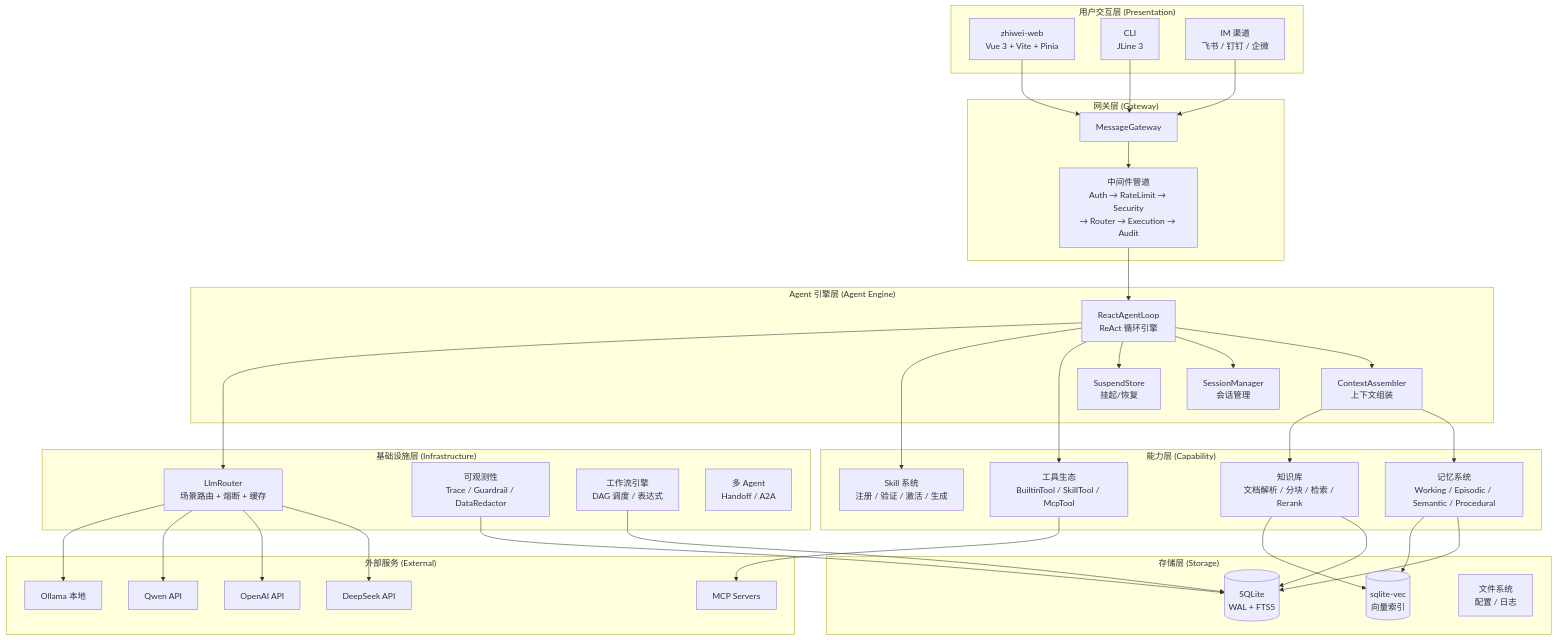
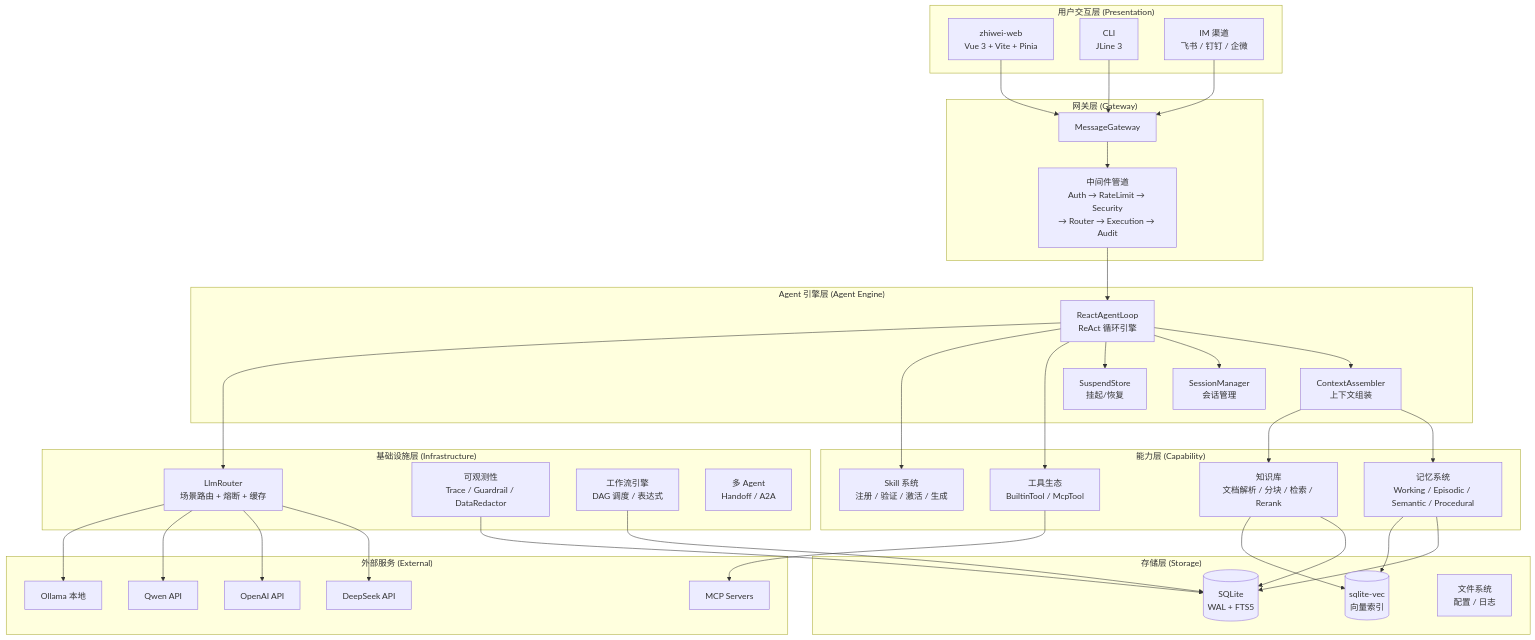
One commit to ntygod/LifePilot changed the first of 35 diagrams in ARCHITECTURE-DIAGRAMS.md. Above: the diagram before and after it, drawn with Mermaid. The commit also changed other lines of this file and 5 other files, not shown here.

````diff
--- a/ARCHITECTURE-DIAGRAMS.md
+++ b/ARCHITECTURE-DIAGRAMS.md
@@ -33,77 +33,77 @@
 ```mermaid
 graph TB
     subgraph "用户交互层 (Presentation)"
         WebUI[zhiwei-web<br/>Vue 3 + Vite + Pinia]
         CLI[CLI<br/>JLine 3]
         IM[IM 渠道<br/>飞书 / 钉钉 / 企微]
     end
 
     subgraph "网关层 (Gateway)"
         Gateway[MessageGateway]
         Middleware[中间件管道<br/>Auth → RateLimit → Security<br/>→ Router → Execution → Audit]
     end
 
     subgraph "Agent 引擎层 (Agent Engine)"
         ReactLoop[ReactAgentLoop<br/>ReAct 循环引擎]
         CtxAssembler[ContextAssembler<br/>上下文组装]
         SessionMgr[SessionManager<br/>会话管理]
         Suspend[SuspendStore<br/>挂起/恢复]
     end
 
     subgraph "能力层 (Capability)"
         SkillSystem[Skill 系统<br/>注册 / 验证 / 激活 / 生成]
-        ToolEco[工具生态<br/>BuiltinTool / SkillTool / McpTool]
+        ToolEco[工具生态<br/>BuiltinTool / McpTool]
         MemorySystem[记忆系统<br/>Working / Episodic / Semantic / Procedural]
         KnowledgeBase[知识库<br/>文档解析 / 分块 / 检索 / Rerank]
     end
 
     subgraph "基础设施层 (Infrastructure)"
         LlmRouter[LlmRouter<br/>场景路由 + 熔断 + 缓存]
         Observability[可观测性<br/>Trace / Guardrail / DataRedactor]
         Workflow[工作流引擎<br/>DAG 调度 / 表达式]
         MultiAgent[多 Agent<br/>Handoff / A2A]
     end
 
     subgraph "存储层 (Storage)"
         SQLite[(SQLite<br/>WAL + FTS5)]
         SqliteVec[(sqlite-vec<br/>向量索引)]
         FileStore[文件系统<br/>配置 / 日志]
     end
 
     subgraph "外部服务 (External)"
         DeepSeek[DeepSeek API]
         OpenAI[OpenAI API]
         Qwen[Qwen API]
         Ollama[Ollama 本地]
         McpServers[MCP Servers]
     end
 
     WebUI --> Gateway
     CLI --> Gateway
     IM --> Gateway
     Gateway --> Middleware
     Middleware --> ReactLoop
 
     ReactLoop --> CtxAssembler
     ReactLoop --> SessionMgr
     ReactLoop --> Suspend
     CtxAssembler --> MemorySystem
     CtxAssembler --> KnowledgeBase
 
     ReactLoop --> ToolEco
     ReactLoop --> SkillSystem
     ReactLoop --> LlmRouter
 
     ToolEco --> McpServers
     LlmRouter --> DeepSeek
     LlmRouter --> OpenAI
     LlmRouter --> Qwen
     LlmRouter --> Ollama
 
     MemorySystem --> SQLite
     MemorySystem --> SqliteVec
     KnowledgeBase --> SQLite
     KnowledgeBase --> SqliteVec
     Observability --> SQLite
     Workflow --> SQLite
 ```
````
